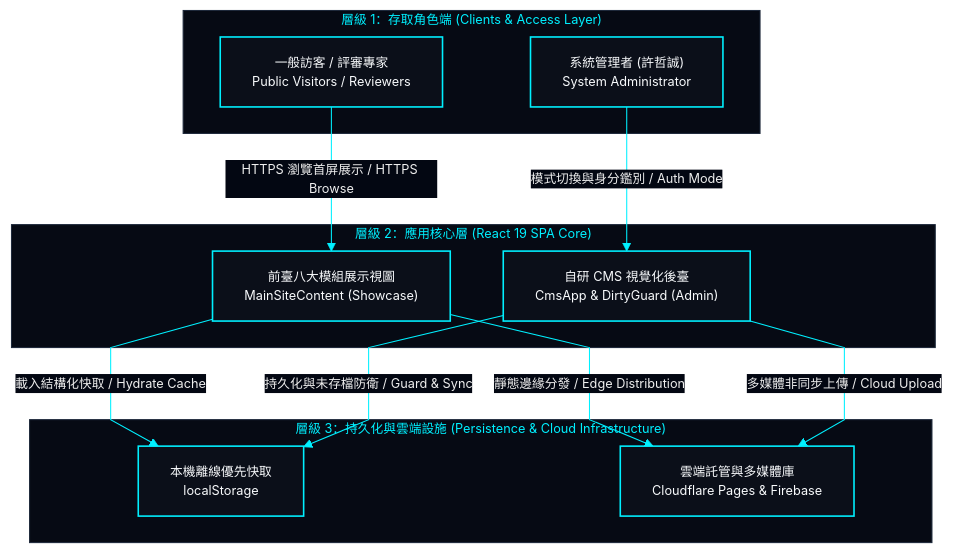
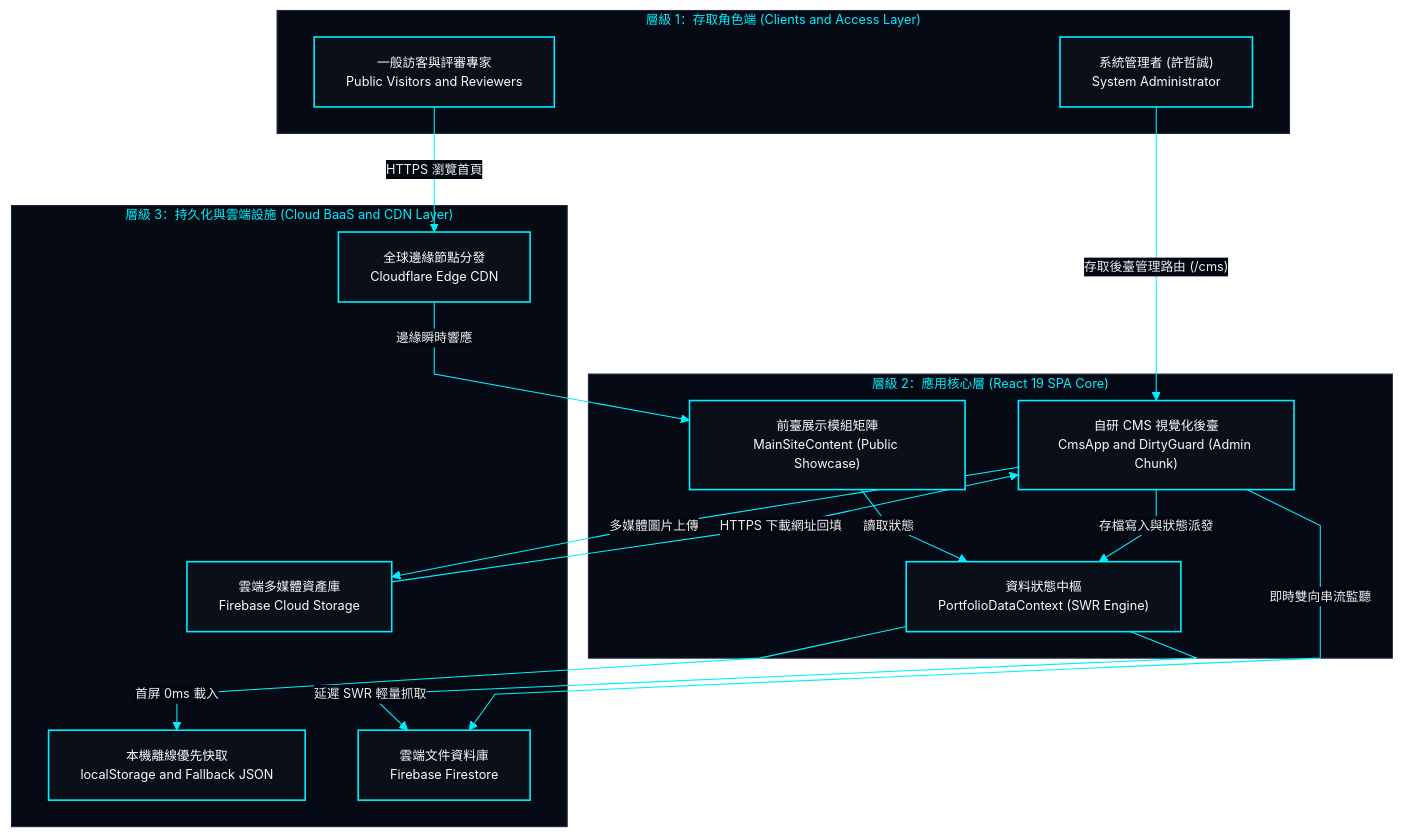
One commit to EricXJason/my-portfolio-website changed the first of 3 diagrams in README.md. Above: the diagram before and after it, drawn with Mermaid. The commit also changed other lines of this file and 29 other files, not shown here.

Commit message:
feat(cms): 重構 CMS 與前臺雙向連動機制，支援 Storage 雲端直傳與 RWD 時間線優化

````diff
--- a/README.md
+++ b/README.md
@@ -37,49 +38,56 @@
 ```mermaid
 %%{init: {
   'theme': 'base',
   'themeVariables': {
     'darkMode': true,
     'background': '#030712',
     'mainBkg': '#0b0f19',
     'nodeBorder': '#00f0ff',
     'textColor': '#f8fafc',
     'lineColor': '#00f0ff',
     'clusterBkg': '#060a14',
     'clusterBorder': '#1e293b',
     'titleColor': '#00f0ff',
     'edgeLabelBackground': '#030712',
     'fontSize': '12px'
   },
   'flowchart': {
     'curve': 'linear'
   }
 }}%%
 flowchart TD
     classDef hudCard fill:#0b0f19,stroke:#00f0ff,stroke-width:1.5px,color:#f8fafc;
 
-    subgraph Tier1 ["層級 1：存取角色端 (Clients & Access Layer)"]
-        Visitor["一般訪客 / 評審專家<br>Public Visitors / Reviewers"]:::hudCard
+    subgraph Tier1 ["層級 1：存取角色端 (Clients and Access Layer)"]
+        Visitor["一般訪客與評審專家<br>Public Visitors and Reviewers"]:::hudCard
         Admin["系統管理者 (許哲誠)<br>System Administrator"]:::hudCard
     end
 
     subgraph Tier2 ["層級 2：應用核心層 (React 19 SPA Core)"]
-        Showcase["前臺八大模組展示視圖<br>MainSiteContent (Showcase)"]:::hudCard
-        CmsSuite["自研 CMS 視覺化後臺<br>CmsApp & DirtyGuard (Admin)"]:::hudCard
+        Showcase["前臺展示模組矩陣<br>MainSiteContent (Public Showcase)"]:::hudCard
+        CmsSuite["自研 CMS 視覺化後臺<br>CmsApp and DirtyGuard (Admin Chunk)"]:::hudCard
+        DataContext["資料狀態中樞<br>PortfolioDataContext (SWR Engine)"]:::hudCard
     end
 
-    subgraph Tier3 ["層級 3：持久化與雲端設施 (Persistence & Cloud Infrastructure)"]
-        Cache["本機離線優先快取<br>localStorage"]:::hudCard
-        Cloud["雲端託管與多媒體庫<br>Cloudflare Pages & Firebase"]:::hudCard
+    subgraph Tier3 ["層級 3：持久化與雲端設施 (Cloud BaaS and CDN Layer)"]
+        Cache["本機離線優先快取<br>localStorage and Fallback JSON"]:::hudCard
+        Firestore["雲端文件資料庫<br>Firebase Firestore"]:::hudCard
+        Storage["雲端多媒體資產庫<br>Firebase Cloud Storage"]:::hudCard
+        EdgeCDN["全球邊緣節點分發<br>Cloudflare Edge CDN"]:::hudCard
     end
 
-    Visitor -->|"HTTPS 瀏覽首屏展示 / HTTPS Browse"| Showcase
-    Admin -->|"模式切換與身分鑑別 / Auth Mode"| CmsSuite
-    Showcase -->|"載入結構化快取 / Hydrate Cache"| Cache
-    CmsSuite -->|"持久化與未存檔防衛 / Guard & Sync"| Cache
-    Showcase -->|"靜態邊緣分發 / Edge Distribution"| Cloud
-    CmsSuite -->|"多媒體非同步上傳 / Cloud Upload"| Cloud
+    Visitor -->|"HTTPS 瀏覽首頁"| EdgeCDN
+    EdgeCDN -->|"邊緣瞬時響應"| Showcase
+    Admin -->|"存取後臺管理路由 (/cms)"| CmsSuite
+    Showcase -->|"讀取狀態"| DataContext
+    CmsSuite -->|"存檔寫入與狀態派發"| DataContext
+    DataContext -->|"首屏 0ms 載入"| Cache
+    DataContext -->|"延遲 SWR 輕量抓取"| Firestore
+    CmsSuite -->|"即時雙向串流監聽"| Firestore
+    CmsSuite -->|"多媒體圖片上傳"| Storage
+    Storage -->|"HTTPS 下載網址回填"| CmsSuite
 
     style Tier1 fill:#060a14,stroke:#1e293b,stroke-width:1px,color:#00f0ff
     style Tier2 fill:#060a14,stroke:#1e293b,stroke-width:1px,color:#00f0ff
     style Tier3 fill:#060a14,stroke:#1e293b,stroke-width:1px,color:#00f0ff
 ```
````
